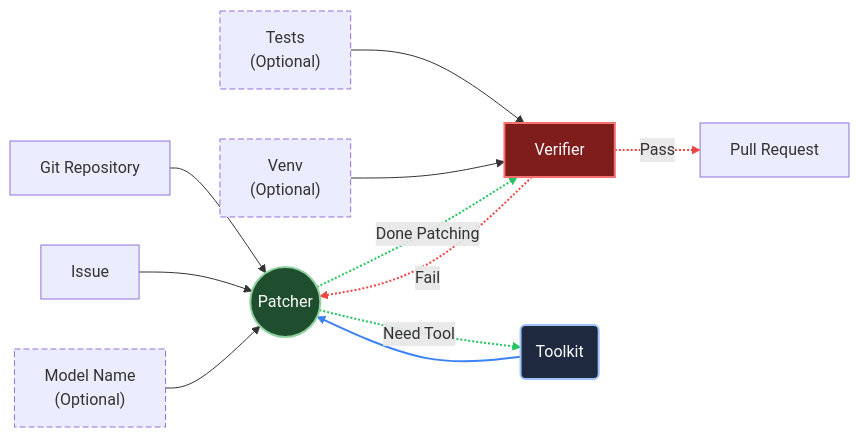
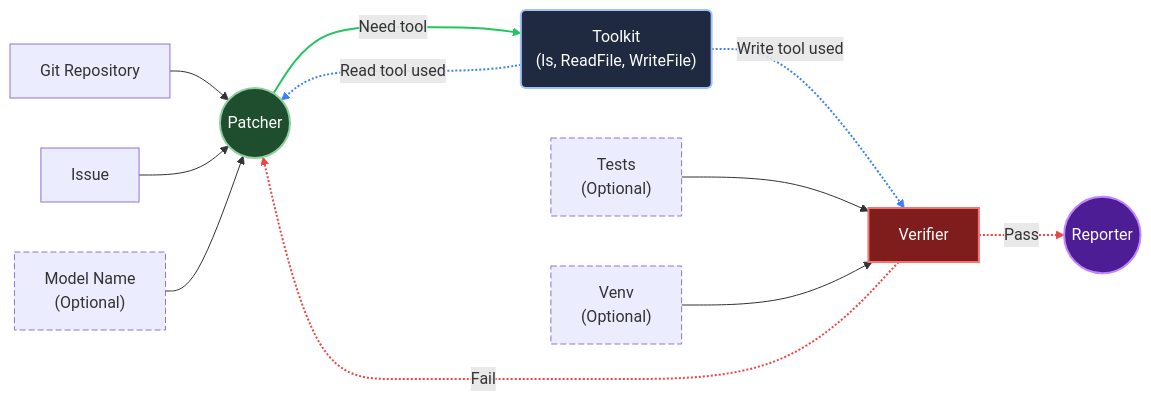
One commit to MikeRaphK/PAUL changed the diagram in README.md. Above: the diagram before and after it, drawn with Mermaid. The commit also changed 16 other files, not shown here.

````diff
--- a/README.md
+++ b/README.md
@@ -91,44 +91,46 @@
 ```mermaid
 flowchart LR
     %% Styles
     classDef patcher fill:#1f4e2e,stroke:#8fd19e,stroke-width:2px,color:#fff;
     classDef verifier fill:#7f1d1d,stroke:#f87171,stroke-width:2px,color:#fff;
+    classDef reporter fill:#4c1d95,stroke:#c084fc,stroke-width:2px,color:#fff;
     classDef tool fill:#1f2a40,stroke:#9fc3ff,stroke-width:2px,color:#fff;
     classDef optional stroke-dasharray:6 3;
+    
 
     %% Nodes
     GitRepo[Git Repository]
     Issue[Issue]
-    PR[Pull Request]
+    Model["Model Name <br/> (Optional)"]:::optional
     Patcher((Patcher)):::patcher
+    Toolkit("Toolkit <br/> (ls, ReadFile, WriteFile)"):::tool
     Verifier[Verifier]:::verifier
-    Toolkit(Toolkit):::tool
     Venv["Venv <br/> (Optional)"]:::optional
     Tests["Tests <br/> (Optional)"]:::optional
-    Model["Model Name <br/> (Optional)"]:::optional
+    Reporter((Reporter)):::reporter
 
-    %% Patcher
+    %% To Patcher
     GitRepo --> Patcher;
     Issue --> Patcher;
     Model --> Patcher
-    Toolkit --> Patcher;
-    Patcher -.->|Need Tool| Toolkit;
     
-    %% Verifier
+    %% From Patcher
+    Patcher --->|Need tool| Toolkit;
+    linkStyle 3 stroke:#22c55e,stroke-width:2px;
+
+    %% From Toolkit
+    Toolkit -.->|Read tool used| Patcher;
+    Toolkit -.->|Write tool used| Verifier;
+    linkStyle 4 stroke:#3b82f6,stroke-width:2px;
+    linkStyle 5 stroke:#3b82f6,stroke-width:2px;
+
+    %% To Verifier
     Tests --> Verifier
     Venv --> Verifier;
-    Patcher -.->|Done Patching| Verifier;
+    
+    %% From Verifier
     Verifier -.->|Fail| Patcher;
-    Verifier -.->|Pass| PR;
-
-    %% Green edges
-    linkStyle 4 stroke:#22c55e,stroke-width:2px;
-    linkStyle 7 stroke:#22c55e,stroke-width:2px;
-    
-    %% Blue edge
-    linkStyle 3 stroke:#3b82f6,stroke-width:2px;
-    
-    %% Red edges
+    Verifier -.->|Pass| Reporter;
     linkStyle 8 stroke:#ef4444,stroke-width:2px;
     linkStyle 9 stroke:#ef4444,stroke-width:2px;
 ```
````
